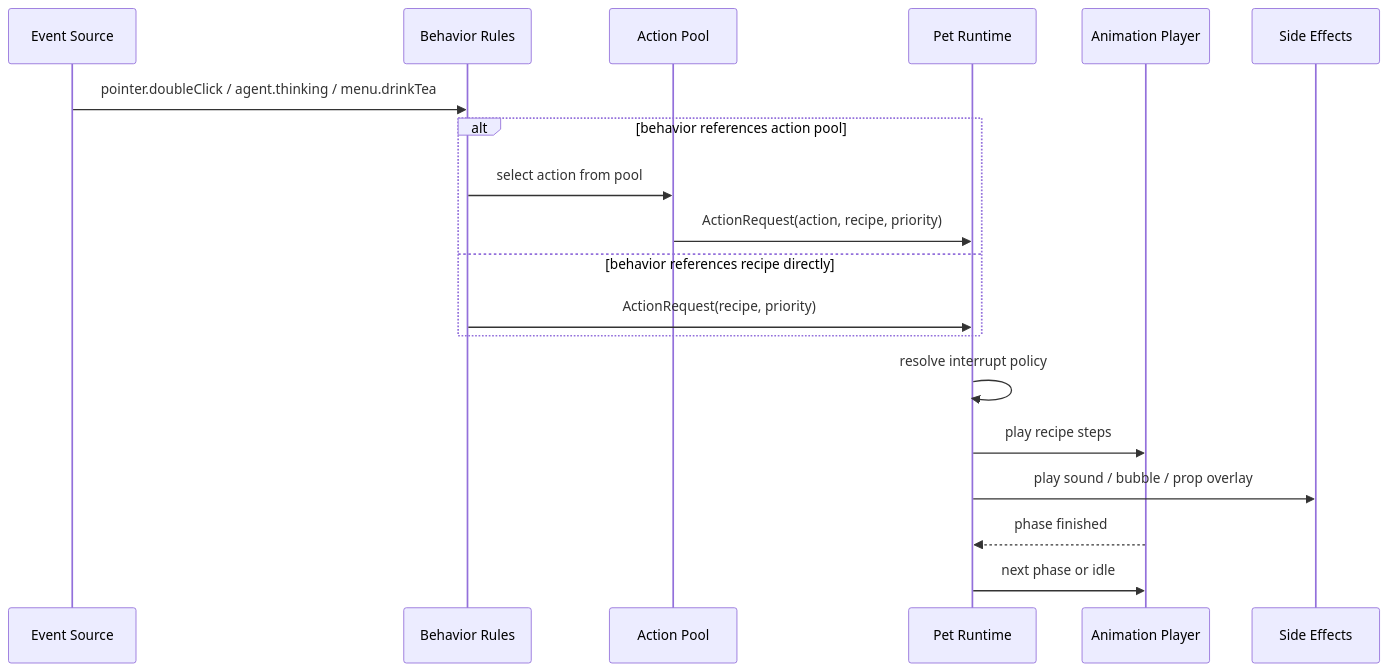
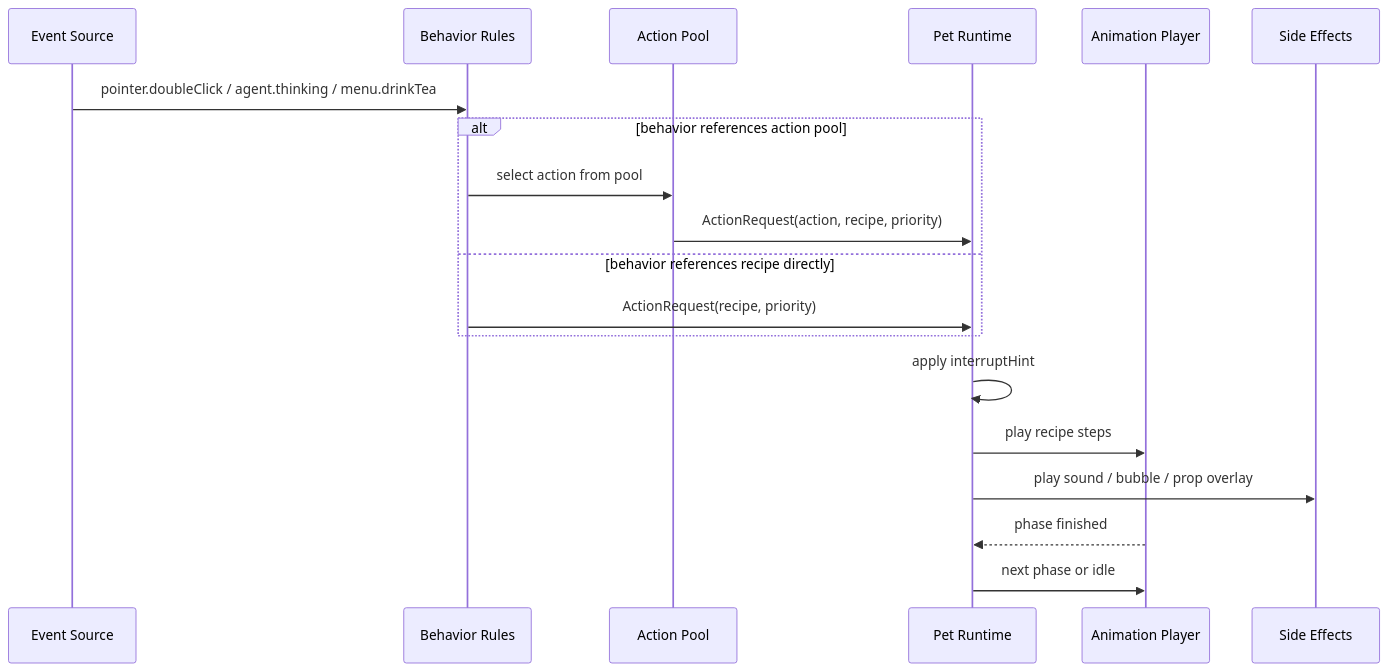
Before and after one commit to tiantian180/MilesEdgeworth: the third of 6 diagrams in docs/superpowers/specs/2026-05-19-skin-pack-playback-behavior-design.md, drawn with Mermaid. The commit also changed other lines of this file and 8 other files, not shown here.

````diff
--- a/docs/superpowers/specs/2026-05-19-skin-pack-playback-behavior-design.md
+++ b/docs/superpowers/specs/2026-05-19-skin-pack-playback-behavior-design.md
@@ -283,22 +331,22 @@
 ```mermaid
 sequenceDiagram
     participant Event as Event Source
     participant Behavior as Behavior Rules
     participant Pool as Action Pool
     participant Runtime as Pet Runtime
     participant Player as Animation Player
     participant Effects as Side Effects
 
     Event->>Behavior: pointer.doubleClick / agent.thinking / menu.drinkTea
     alt behavior references action pool
         Behavior->>Pool: select action from pool
         Pool->>Runtime: ActionRequest(action, recipe, priority)
     else behavior references recipe directly
         Behavior->>Runtime: ActionRequest(recipe, priority)
     end
-    Runtime->>Runtime: resolve interrupt policy
+    Runtime->>Runtime: apply interruptHint
     Runtime->>Player: play recipe steps
     Runtime->>Effects: play sound / bubble / prop overlay
     Player-->>Runtime: phase finished
     Runtime->>Player: next phase or idle
 ```
````
